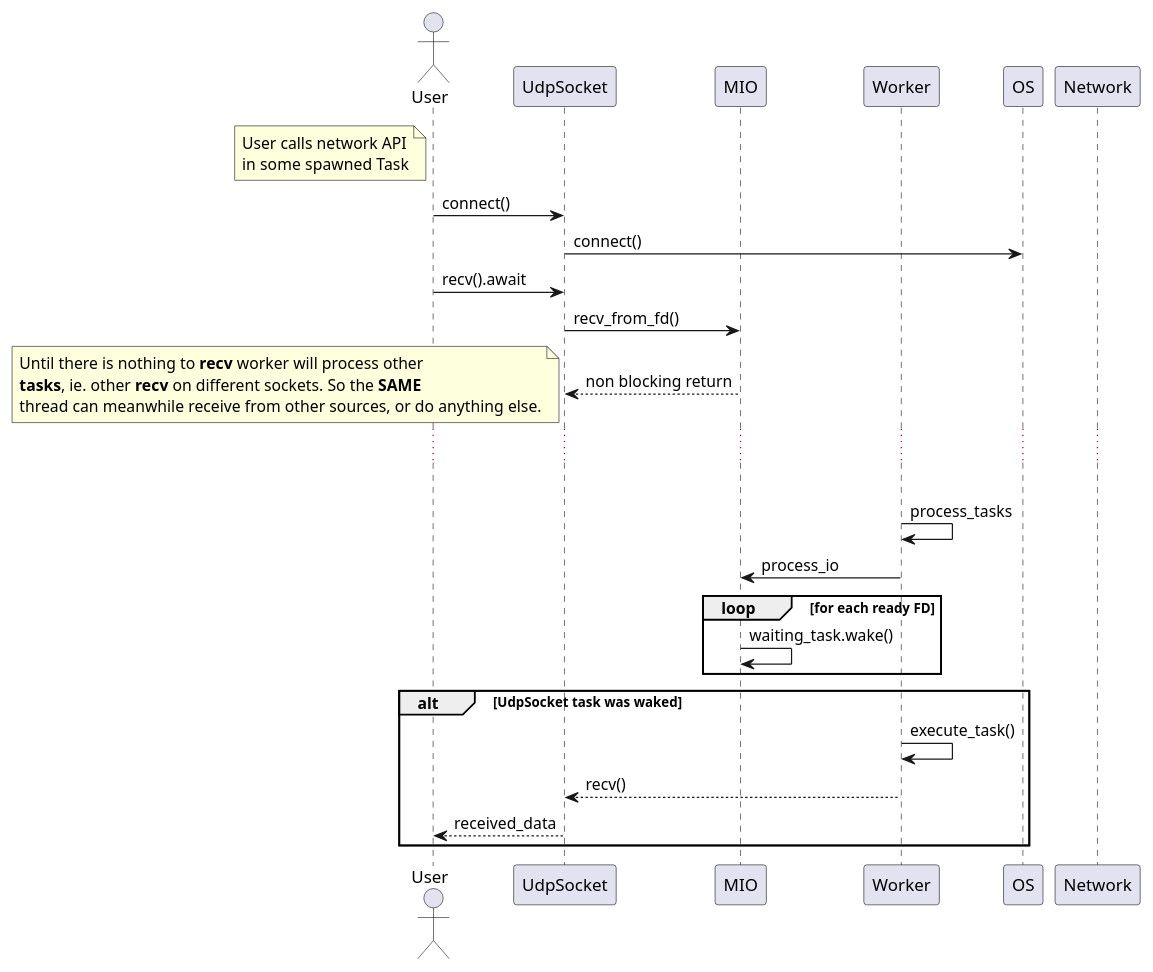
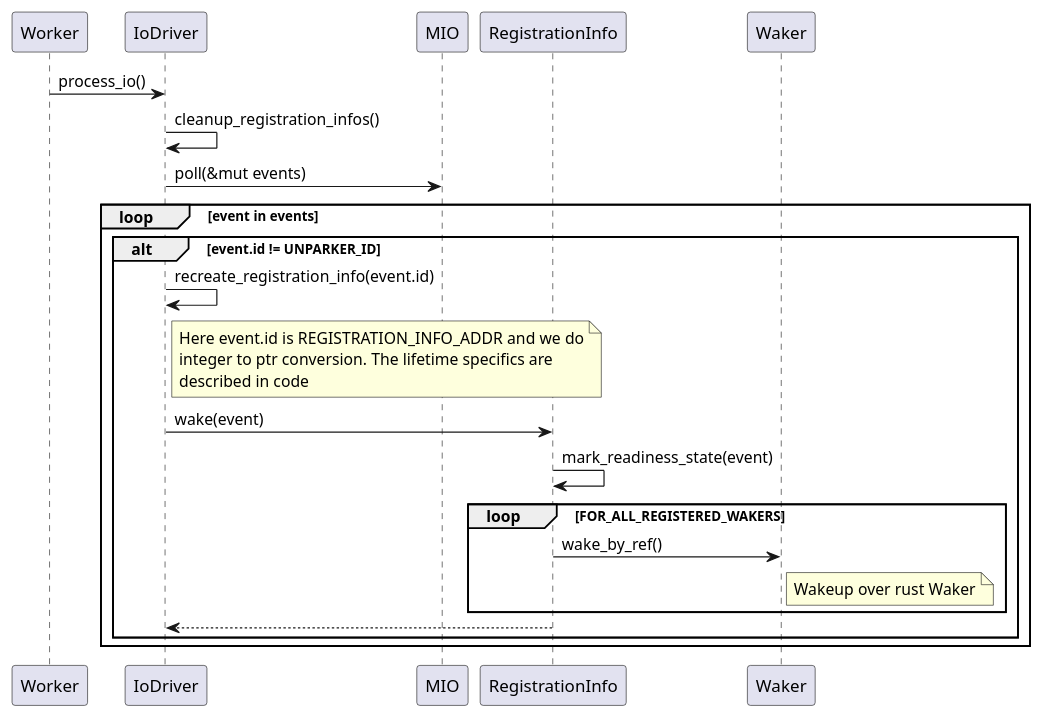
The third of 4 diagrams in src/async_runtime/doc/io_driver.md (qorix-group/inc_orchestrator), drawn with PlantUML before and after one commit. The commit also changed other lines of this file and 2 other files, not shown here.

````diff
--- a/src/async_runtime/doc/io_driver.md
+++ b/src/async_runtime/doc/io_driver.md
@@ -11,49 +81,36 @@
 ```plantuml
 
+participant Worker
 
-actor User
+Worker -> IoDriver: process_io()
 
-participant UdpSocket
-participant MIO
-participant Worker
-participant OS
-participant Network
+IoDriver -> IoDriver: cleanup_registration_infos()
 
-note left of User
-User calls network API
-in some spawned Task
-end note
+IoDriver -> MIO: poll(&mut events)
 
-User -> UdpSocket: connect()
-UdpSocket -> OS: connect()
+loop event in events
 
-User -> UdpSocket: recv().await
-UdpSocket -> MIO: recv_from_fd()
-UdpSocket <-- MIO: non blocking return
+alt event.id != UNPARKER_ID
 
-...
-note left
-Until there is nothing to **recv** worker will process other
-**tasks**, ie. other **recv** on different sockets. So the **SAME**
-thread can meanwhile receive from other sources, or do anything else.
-end note
+    IoDriver -> IoDriver: recreate_registration_info(event.id)
+    note right of IoDriver
+        Here event.id is REGISTRATION_INFO_ADDR and we do
+        integer to ptr conversion. The lifetime specifics are
+        described in code
+    end note
+    IoDriver -> RegistrationInfo: wake(event)
+    RegistrationInfo -> RegistrationInfo: mark_readiness_state(event)
 
+    loop FOR_ALL_REGISTERED_WAKERS
+        RegistrationInfo -> Waker: wake_by_ref()
+        note right of Waker
+            Wakeup over rust Waker
+    end note
+    end
 
-loop
-Worker -> Worker: process_tasks
-Worker -> MIO: process_io
-
-loop for each ready FD
-MIO -> MIO: waiting_task.wake()
+    RegistrationInfo --> IoDriver
 end
-
-alt UdpSocket task was waked
-Worker -> Worker: execute_task()
-Worker --> UdpSocket: recv()
-
-UdpSocket --> User: received_data
 
 end
 
-
 ```
````
